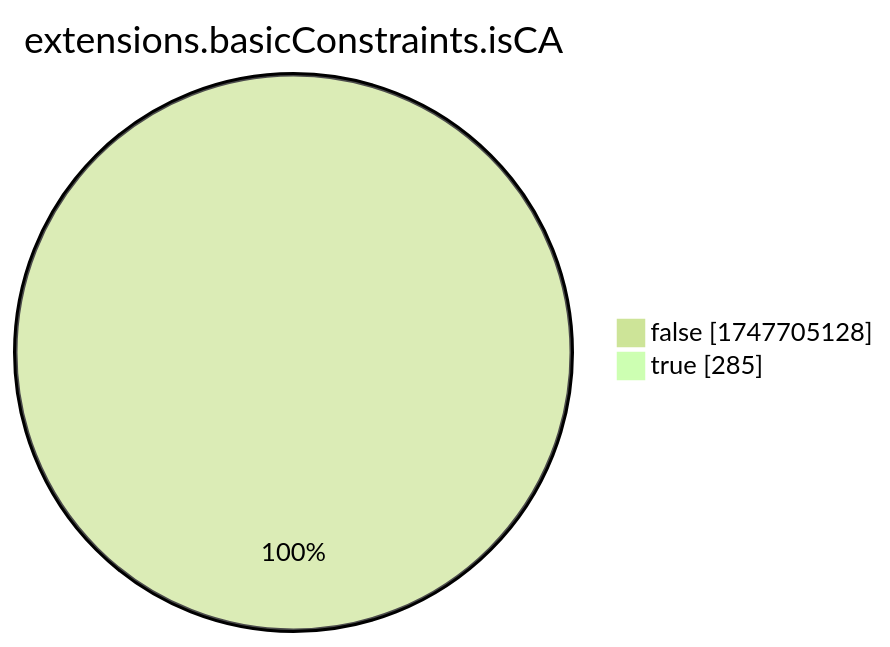
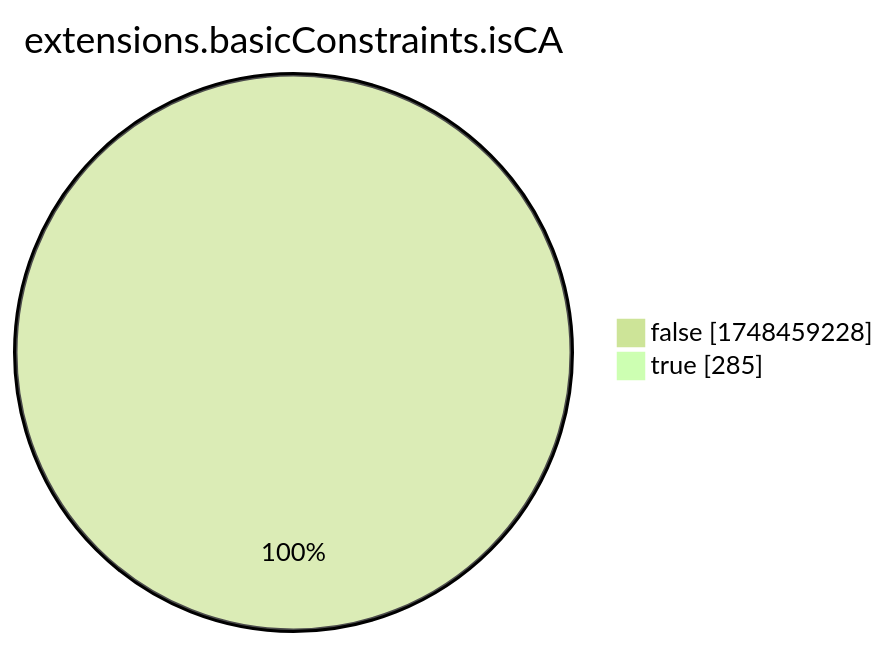
The eighth of 15 diagrams in xenon2022/README.md (christiankrug/ctmonitor_visualization), drawn with Mermaid (forest theme) before and after one commit. The commit also changed other lines of this file, not shown here.

````diff
--- a/xenon2022/README.md
+++ b/xenon2022/README.md
@@ -2867,6 +2867,6 @@
 ```mermaid
 pie showData
 title extensions.basicConstraints.isCA
-"false" :1747705128
+"false" :1748459228
 "true" :285
 ```
````
